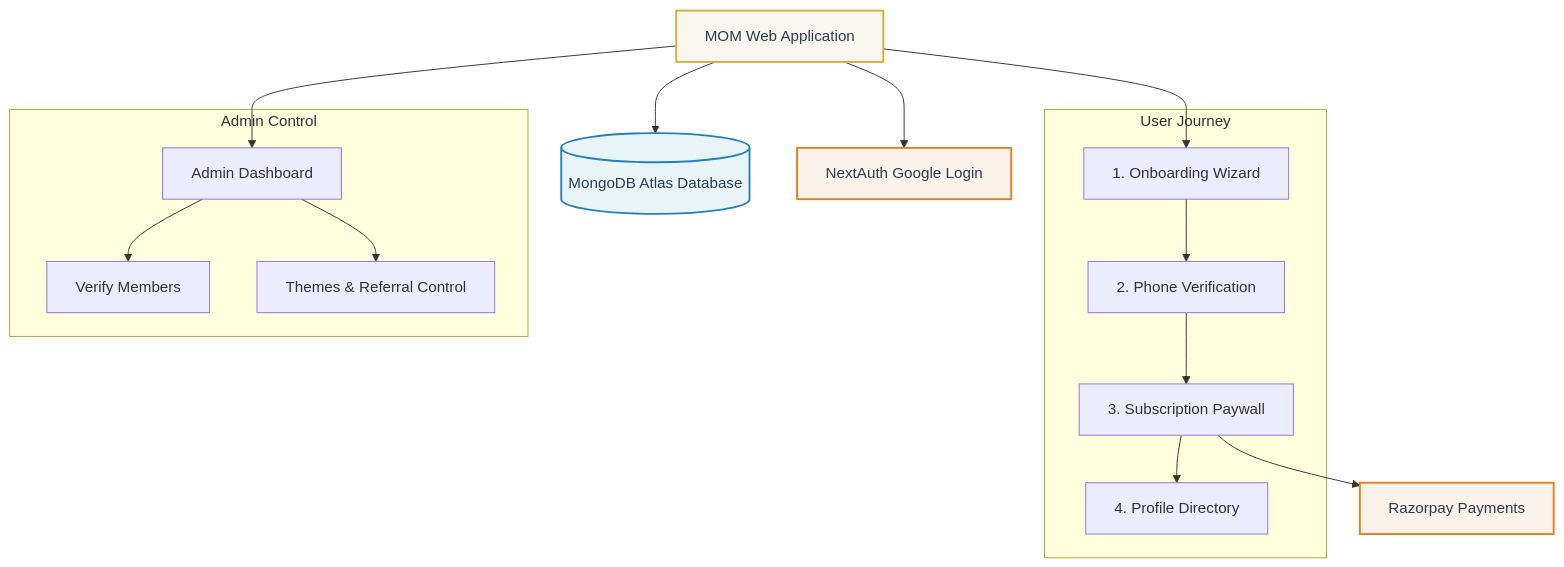
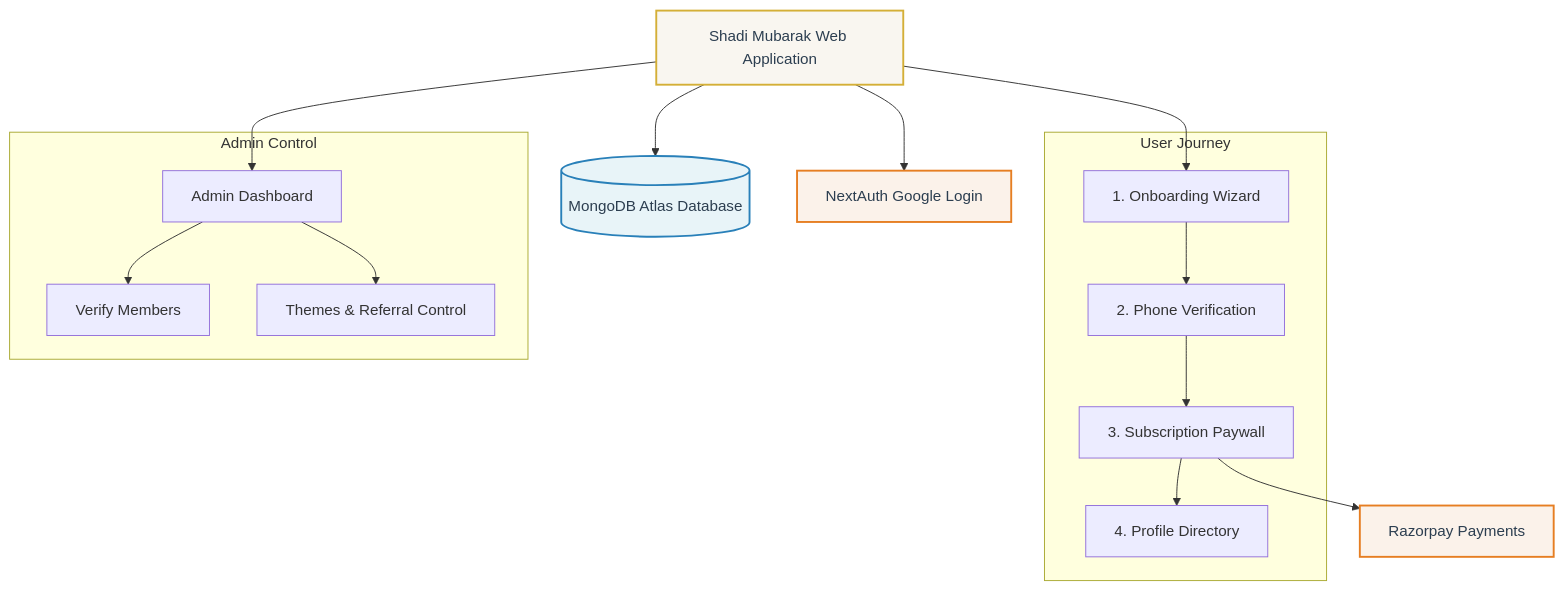
The diagram in PROJECT_NOTES.md (faizan1405/gulzar), drawn with Mermaid before and after one commit. The commit also changed other lines of this file and 4 other files, not shown here.

````diff
--- a/PROJECT_NOTES.md
+++ b/PROJECT_NOTES.md
@@ -39,34 +39,34 @@
 ```mermaid
 graph TD
     %% Styling
     classDef main fill:#f9f6f0,stroke:#d4af37,stroke-width:2px,color:#2c3e50;
     classDef database fill:#e8f4f8,stroke:#2980b9,stroke-width:2px,color:#2c3e50;
     classDef external fill:#fbf2ea,stroke:#e67e22,stroke-width:2px,color:#2c3e50;
     
     %% Main Architecture
-    App[MOM Web Application]:::main
+    App[Shadi Mubarak Web Application]:::main
     Database[(MongoDB Atlas Database)]:::database
     Auth[NextAuth Google Login]:::external
     Razorpay[Razorpay Payments]:::external
 
     App --> Auth
     App --> Database
 
     %% User Flow
     subgraph User Journey
         Onboarding[1. Onboarding Wizard] --> Verification[2. Phone Verification]
         Verification --> Paywall[3. Subscription Paywall]
         Paywall --> Search[4. Profile Directory]
     end
     
     App --> Onboarding
     Paywall --> Razorpay
 
     %% Admin Flow
     subgraph Admin Control
         AdminPanel[Admin Dashboard] --> MemberVerify[Verify Members]
         AdminPanel --> Settings[Themes & Referral Control]
     end
     
     App --> AdminPanel
 ```
````
